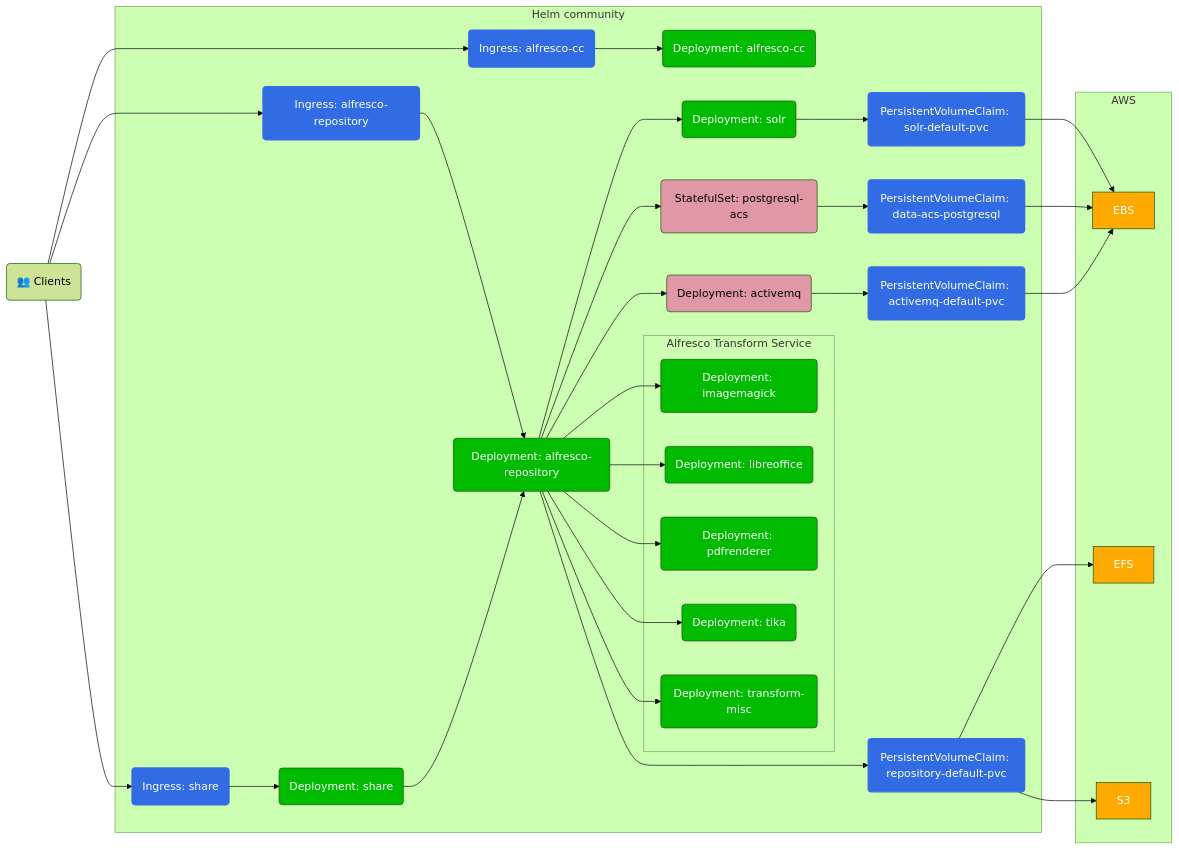
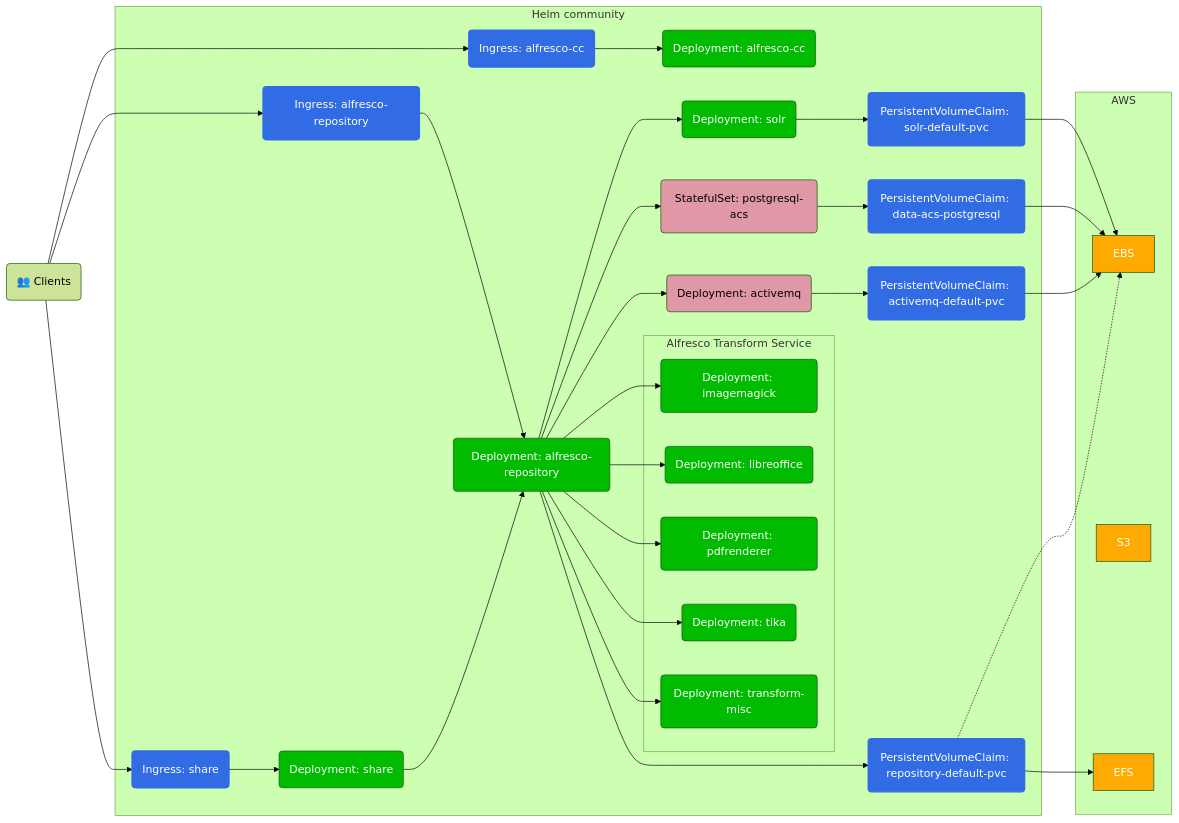
Before and after one commit to Alfresco/acs-deployment: the fourth of 4 diagrams in docs/helm/eks-deployment.md, drawn with Mermaid (forest theme). The commit also changed other lines of this file, not shown here.

````diff
--- a/docs/helm/eks-deployment.md
+++ b/docs/helm/eks-deployment.md
@@ -126,59 +156,59 @@
 ```mermaid
 graph LR
 
 classDef alf fill:#0b0,color:#fff
 classDef aws fill:#fa0,color:#fff
 classDef k8s fill:#326ce5,stroke:#326ce5,stroke-width:2px,color:#fff
 classDef thrdP fill:#e098a6,color:#000
 
 Client("👥 Clients")
 
 subgraph Helm community
   PersistentVolumeClaim_activemq-default-pvc(PersistentVolumeClaim: activemq-default-pvc):::k8s
   PersistentVolumeClaim_repository-default-pvc(PersistentVolumeClaim: repository-default-pvc):::k8s
   PersistentVolumeClaim_solr-default-pvc(PersistentVolumeClaim: solr-default-pvc):::k8s
   PersistentVolumeClaim_data-acs-postgresql(PersistentVolumeClaim: data-acs-postgresql):::k8s
   Deployment_activemq(Deployment: activemq):::thrdP
   Deployment_alfresco-cc(Deployment: alfresco-cc):::alf
   Deployment_alfresco-repository(Deployment: alfresco-repository):::alf
   Deployment_solr(Deployment: solr):::alf
   Deployment_share(Deployment: share):::alf
   StatefulSet_postgresql-acs(StatefulSet: postgresql-acs):::thrdP
   Ingress_alfresco-cc(Ingress: alfresco-cc):::k8s
   Ingress_alfresco-repository(Ingress: alfresco-repository):::k8s
   Ingress_share(Ingress: share):::k8s
   subgraph "Alfresco Transform Service"
     Deployment_imagemagick(Deployment: imagemagick):::alf
     Deployment_libreoffice(Deployment: libreoffice):::alf
     Deployment_pdfrenderer(Deployment: pdfrenderer):::alf
     Deployment_tika(Deployment: tika):::alf
     Deployment_transform-misc(Deployment: transform-misc):::alf
   end
 end
 
 subgraph AWS
   EBS:::aws
+  S3:::aws
   EFS:::aws
-  S3:::aws
 end
 
 Client ----> Ingress_alfresco-cc --> Deployment_alfresco-cc
 Client --> Ingress_alfresco-repository --> Deployment_alfresco-repository
 Client --> Ingress_share --> Deployment_share
 
 Deployment_share --> Deployment_alfresco-repository
 
 Deployment_alfresco-repository --> Deployment_solr
 Deployment_alfresco-repository --> StatefulSet_postgresql-acs --> PersistentVolumeClaim_data-acs-postgresql --> EBS
 Deployment_alfresco-repository --> Deployment_activemq
 Deployment_alfresco-repository --> Deployment_imagemagick
 Deployment_alfresco-repository --> Deployment_libreoffice
 Deployment_alfresco-repository --> Deployment_pdfrenderer
 Deployment_alfresco-repository --> Deployment_tika
 Deployment_alfresco-repository --> Deployment_transform-misc
 
+PersistentVolumeClaim_repository-default-pvc -.-> EBS
 Deployment_alfresco-repository ---> PersistentVolumeClaim_repository-default-pvc --> EFS
-PersistentVolumeClaim_repository-default-pvc --> S3
 Deployment_activemq --> PersistentVolumeClaim_activemq-default-pvc --> EBS
 Deployment_solr --> PersistentVolumeClaim_solr-default-pvc --> EBS
 ```
````
